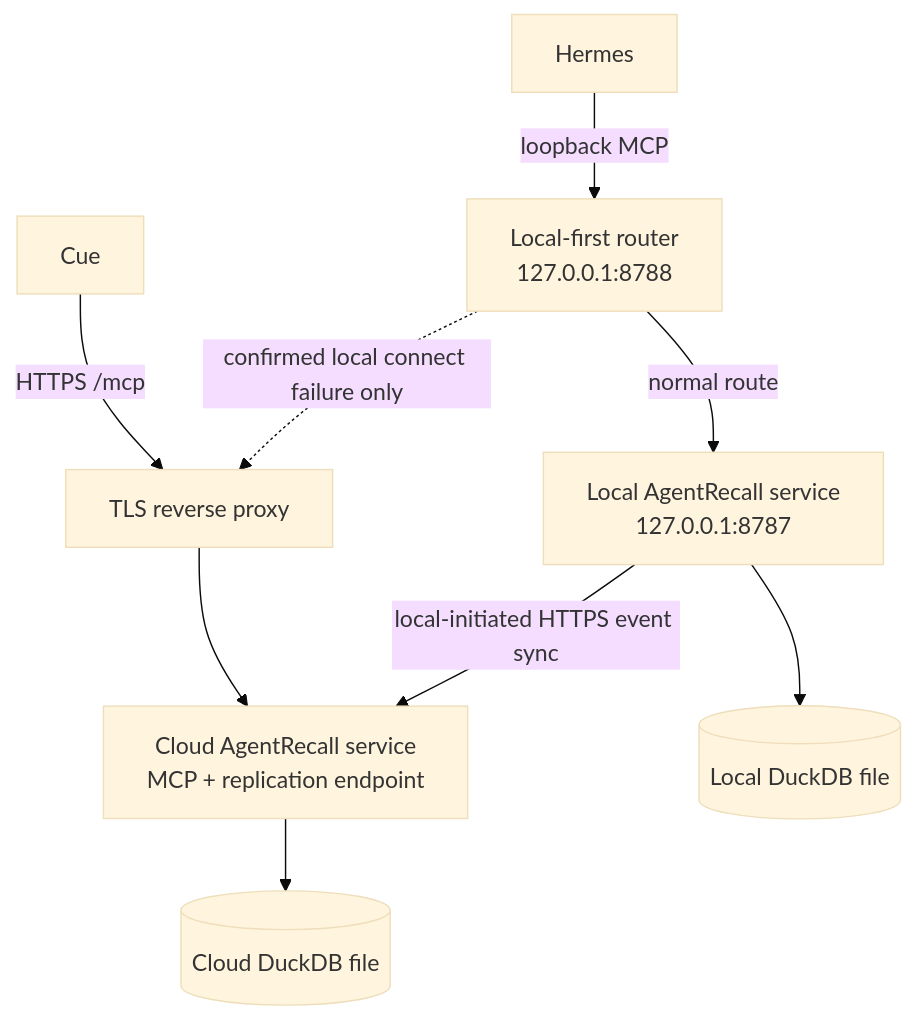
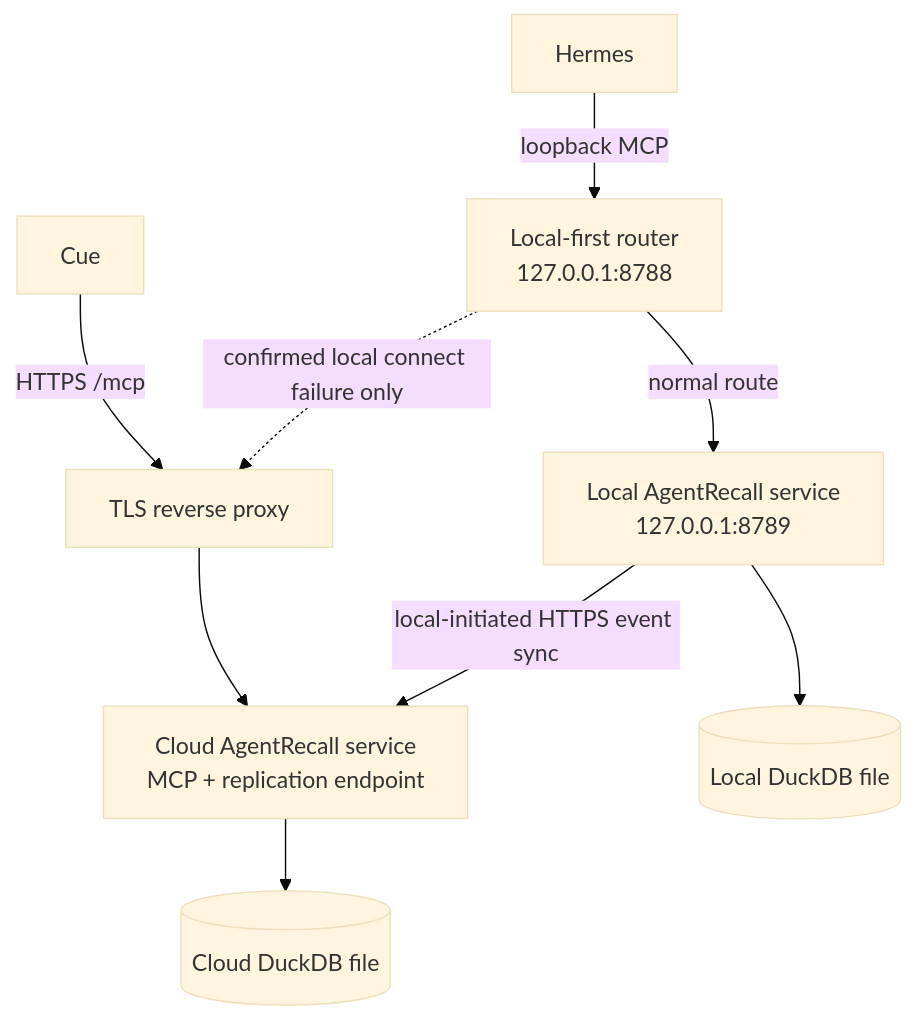
The second of 2 diagrams in README.md (watchcat/agentrecall), drawn with Mermaid (base theme) before and after one commit. The commit also changed other lines of this file and 10 other files, not shown here.

Commit message:
feat: add Hermes memory provider and local-only router

````diff
--- a/README.md
+++ b/README.md
@@ -42,12 +42,12 @@
 ```mermaid
 flowchart TB
     Cue["Cue"] -->|"HTTPS /mcp"| Proxy["TLS reverse proxy"]
     Proxy --> Cloud["Cloud AgentRecall service<br/>MCP + replication endpoint"]
     Cloud --> CloudDB[("Cloud DuckDB file")]
 
     Hermes["Hermes"] -->|"loopback MCP"| Router["Local-first router<br/>127.0.0.1:8788"]
-    Router -->|"normal route"| Local["Local AgentRecall service<br/>127.0.0.1:8787"]
+    Router -->|"normal route"| Local["Local AgentRecall service<br/>127.0.0.1:8789"]
     Router -.->|"confirmed local connect failure only"| Proxy
     Local --> LocalDB[("Local DuckDB file")]
     Local -->|"local-initiated HTTPS event sync"| Cloud
 ```
````
